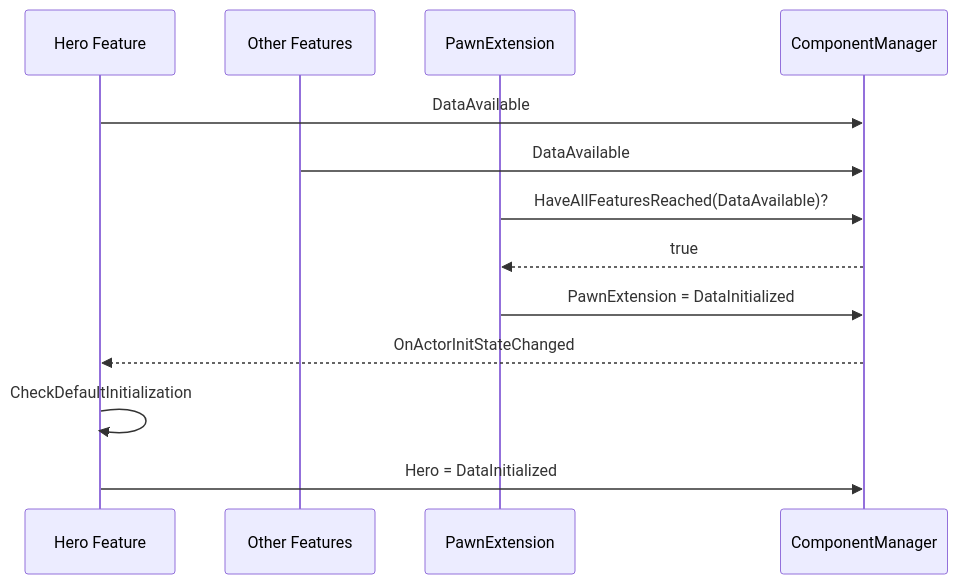
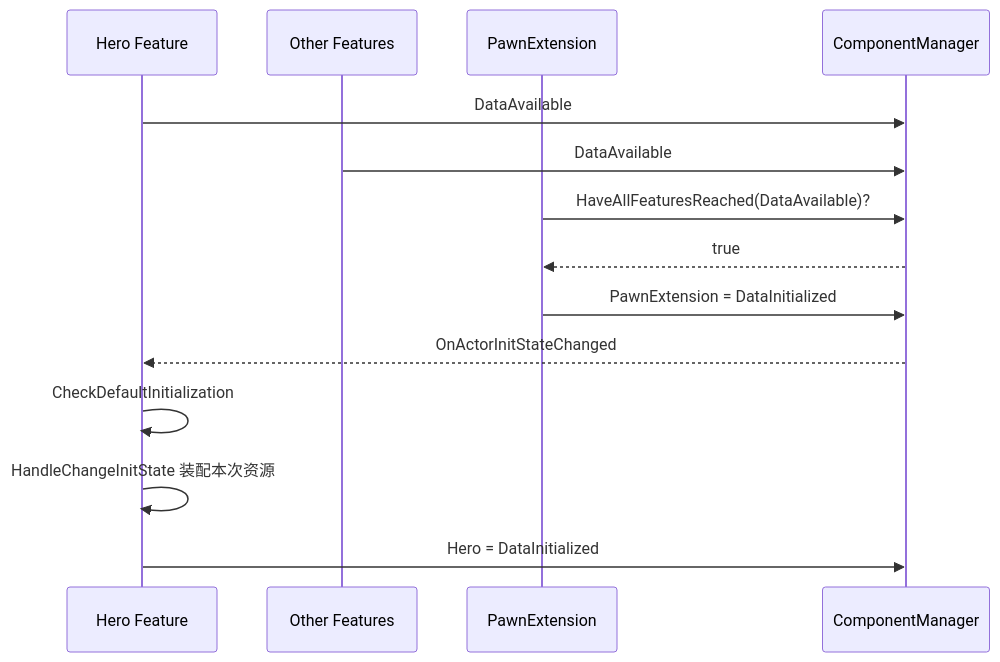
One commit to fantuan812/learning changed the first of 2 diagrams in 知识/03-引擎架构与资源系统/模块化框架与对象通信/41-Lyra-Pawn初始化与模块化组件源码.md. Above: the diagram before and after it, drawn with Mermaid. The commit also changed other lines of this file and 2 other files, not shown here.

````diff
--- a/知识/03-引擎架构与资源系统/模块化框架与对象通信/41-Lyra-Pawn初始化与模块化组件源码.md
+++ b/知识/03-引擎架构与资源系统/模块化框架与对象通信/41-Lyra-Pawn初始化与模块化组件源码.md
@@ -355,16 +381,17 @@
 ```mermaid
 sequenceDiagram
     participant Hero as Hero Feature
     participant Other as Other Features
     participant Ext as PawnExtension
     participant Mgr as ComponentManager
 
     Hero->>Mgr: DataAvailable
     Other->>Mgr: DataAvailable
     Ext->>Mgr: HaveAllFeaturesReached(DataAvailable)?
     Mgr-->>Ext: true
     Ext->>Mgr: PawnExtension = DataInitialized
     Mgr-->>Hero: OnActorInitStateChanged
     Hero->>Hero: CheckDefaultInitialization
+    Hero->>Hero: HandleChangeInitState 装配本次资源
     Hero->>Mgr: Hero = DataInitialized
 ```
````
